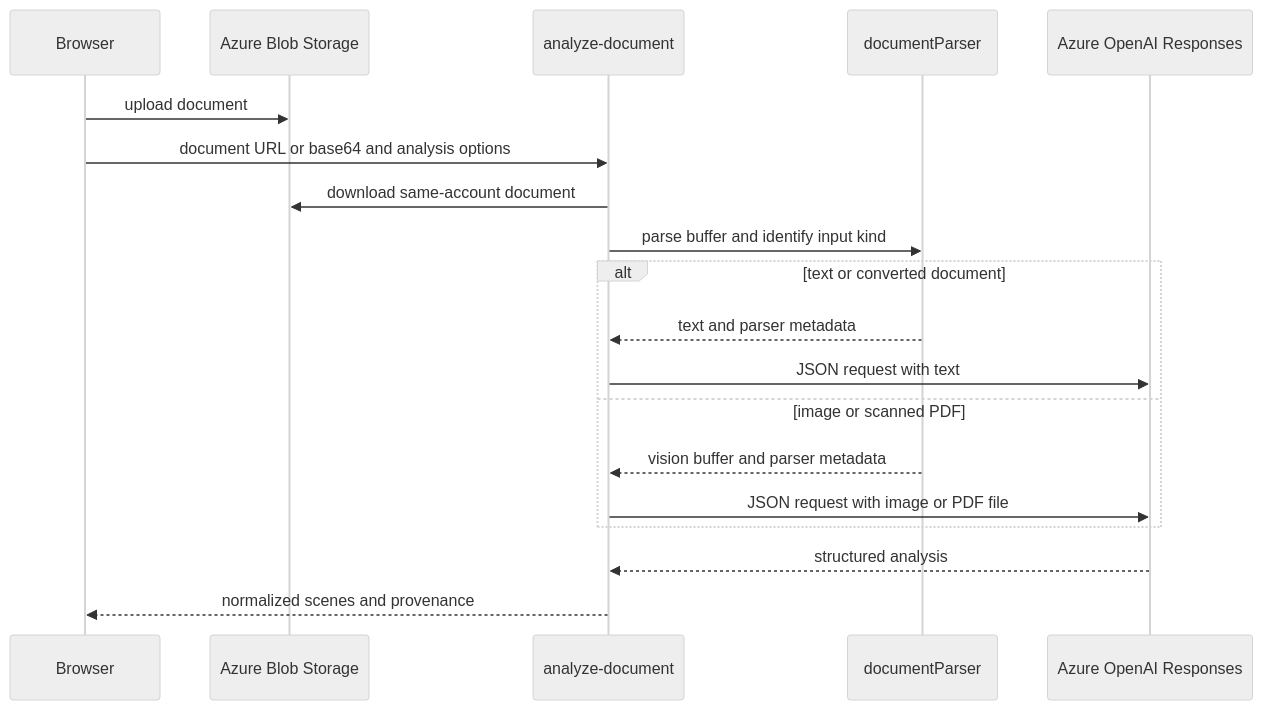
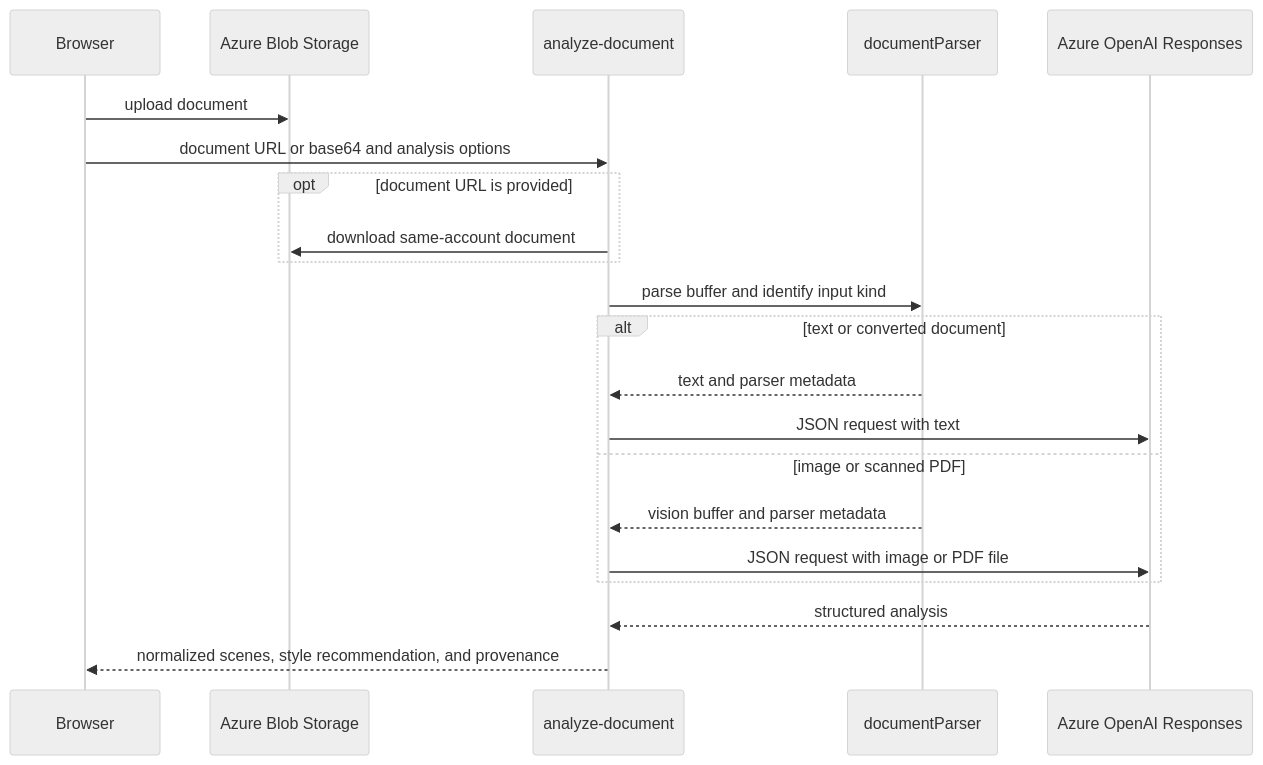
Before and after one commit to tony30552001/Genpic-master: the first of 2 diagrams in openwiki/backend/ai-generation.md, drawn with Mermaid (neutral theme). The commit also changed other lines of this file and 10 other files, not shown here.

````diff
--- a/openwiki/backend/ai-generation.md
+++ b/openwiki/backend/ai-generation.md
@@ -22,21 +30,23 @@
 ```mermaid
 sequenceDiagram
   participant Browser
   participant Blob as Azure Blob Storage
   participant Handler as analyze-document
   participant Parser as documentParser
   participant Azure as Azure OpenAI Responses
   Browser->>Blob: upload document
   Browser->>Handler: document URL or base64 and analysis options
-  Handler->>Blob: download same-account document
+  opt document URL is provided
+    Handler->>Blob: download same-account document
+  end
   Handler->>Parser: parse buffer and identify input kind
   alt text or converted document
     Parser-->>Handler: text and parser metadata
     Handler->>Azure: JSON request with text
   else image or scanned PDF
     Parser-->>Handler: vision buffer and parser metadata
     Handler->>Azure: JSON request with image or PDF file
   end
   Azure-->>Handler: structured analysis
-  Handler-->>Browser: normalized scenes and provenance
+  Handler-->>Browser: normalized scenes, style recommendation, and provenance
 ```
````
